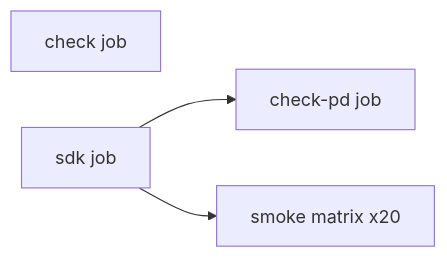
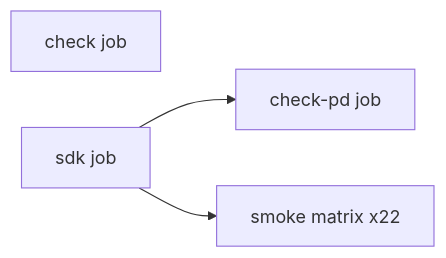
The diagram in docs/ci.md (julerex/lerux), drawn with Mermaid before and after one commit. The commit also changed other lines of this file and 25 other files, not shown here.

````diff
--- a/docs/ci.md
+++ b/docs/ci.md
@@ -12,9 +12,9 @@
 ```mermaid
 flowchart LR
   check[check job]
   sdk[sdk job]
   checkPd[check-pd job]
-  smoke[smoke matrix x20]
+  smoke[smoke matrix x22]
   sdk --> checkPd
   sdk --> smoke
 ```
````
